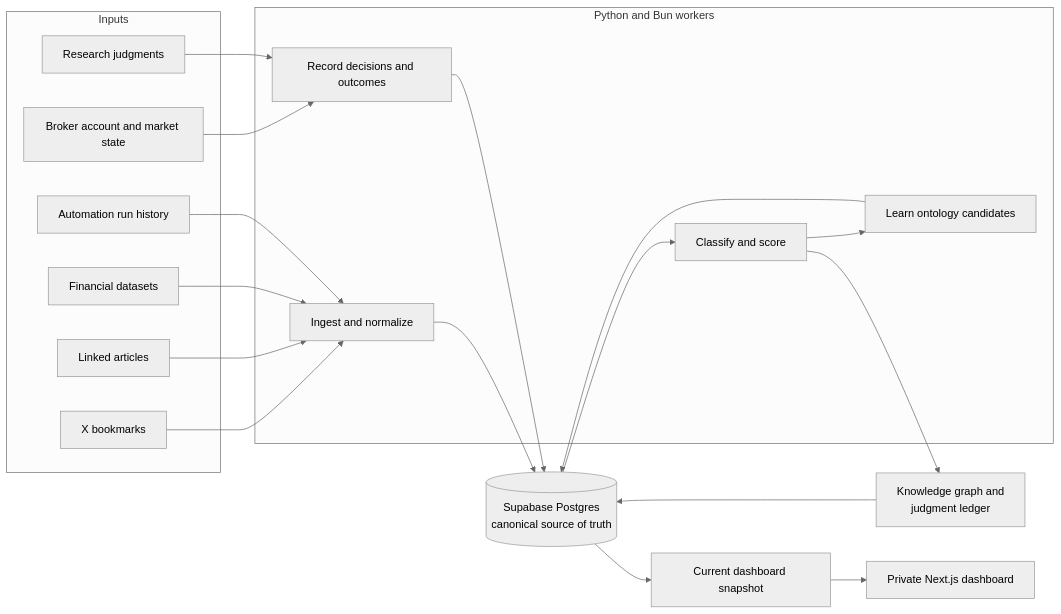
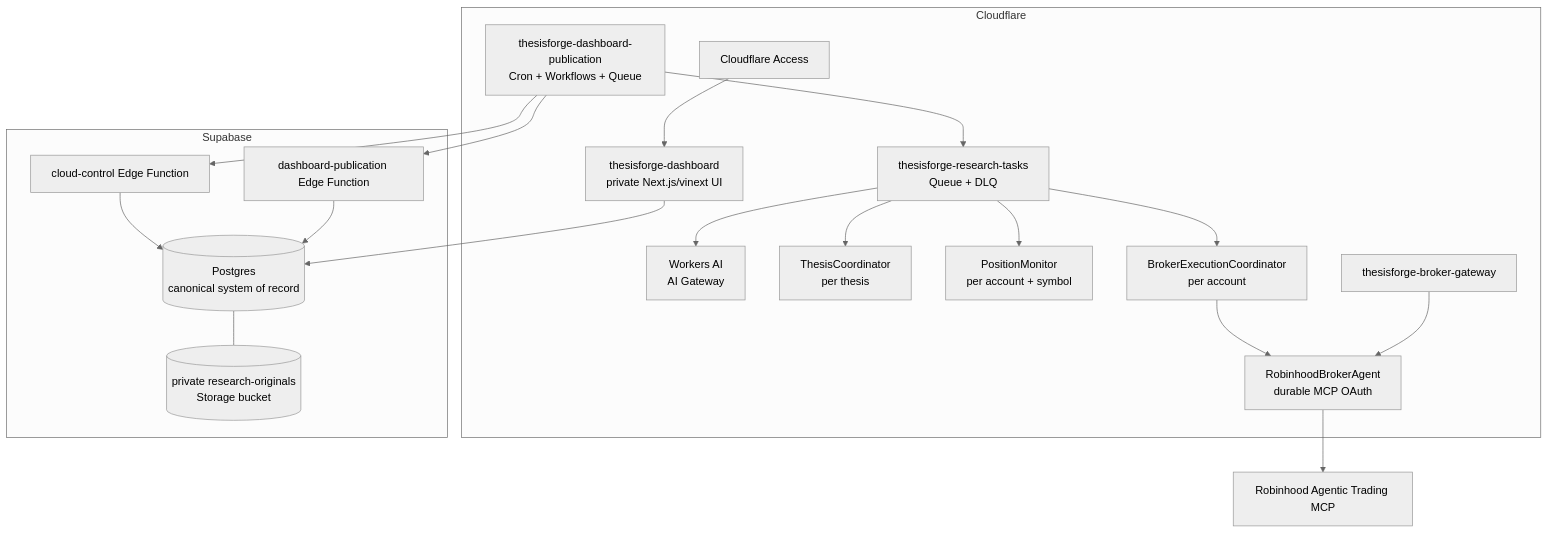
The diagram in README.md (dwallach1/grasshopper), drawn with Mermaid (neutral theme) before and after one commit. The commit also changed other lines of this file and 70 other files, not shown here.

````diff
--- a/README.md
+++ b/README.md
@@ -39,39 +21,34 @@
 ```mermaid
-flowchart LR
-    subgraph Inputs
-        X[X bookmarks]
-        A[Linked articles]
-        F[Financial datasets]
-        B[Broker account and market state]
-        J[Research judgments]
-        R[Automation run history]
+flowchart TB
+    subgraph CF[Cloudflare]
+        Access[Cloudflare Access]
+        Dashboard[thesisforge-dashboard<br/>private Next.js/vinext UI]
+        Control[thesisforge-dashboard-publication<br/>Cron + Workflows + Queue]
+        Queue[thesisforge-research-tasks<br/>Queue + DLQ]
+        AI[Workers AI<br/>AI Gateway]
+        ThesisDO[ThesisCoordinator<br/>per thesis]
+        PositionDO[PositionMonitor<br/>per account + symbol]
+        AccountDO[BrokerExecutionCoordinator<br/>per account]
+        Broker[thesisforge-broker-gateway]
+        BrokerAgent[RobinhoodBrokerAgent<br/>durable MCP OAuth]
     end
 
-    subgraph Workers[Python and Bun workers]
-        I[Ingest and normalize]
-        C[Classify and score]
-        L[Learn ontology candidates]
-        D[Record decisions and outcomes]
+    subgraph SB[Supabase]
+        CloudControl[cloud-control Edge Function]
+        Publication[dashboard-publication Edge Function]
+        DB[(Postgres<br/>canonical system of record)]
+        Storage[(private research-originals<br/>Storage bucket)]
     end
 
-    DB[(Supabase Postgres<br/>canonical source of truth)]
-    G[Knowledge graph and<br/>judgment ledger]
-    P[Current dashboard snapshot]
-    UI[Private Next.js dashboard]
+    RH[Robinhood Agentic Trading MCP]
 
-    X --> I
-    A --> I
-    F --> I
-    B --> D
-    J --> D
-    R --> I
-    I --> DB
-    DB --> C
-    C --> G
-    G --> DB
-    C --> L
-    L --> DB
-    D --> DB
-    DB --> P
-    P --> UI
+    Access --> Dashboard --> DB
+    Control --> CloudControl --> DB
+    Control --> Publication --> DB
+    Control --> Queue --> AI
+    Queue --> ThesisDO
+    Queue --> PositionDO
+    Queue --> AccountDO --> BrokerAgent --> RH
+    Broker --> BrokerAgent
+    DB --- Storage
 ```
````
